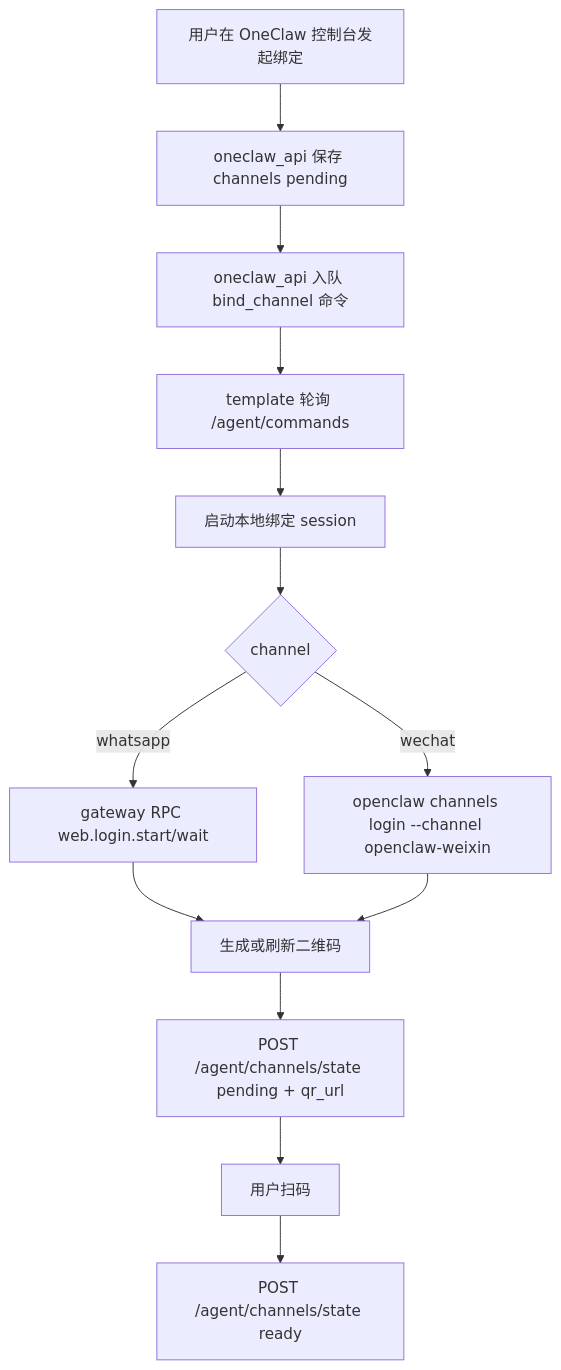
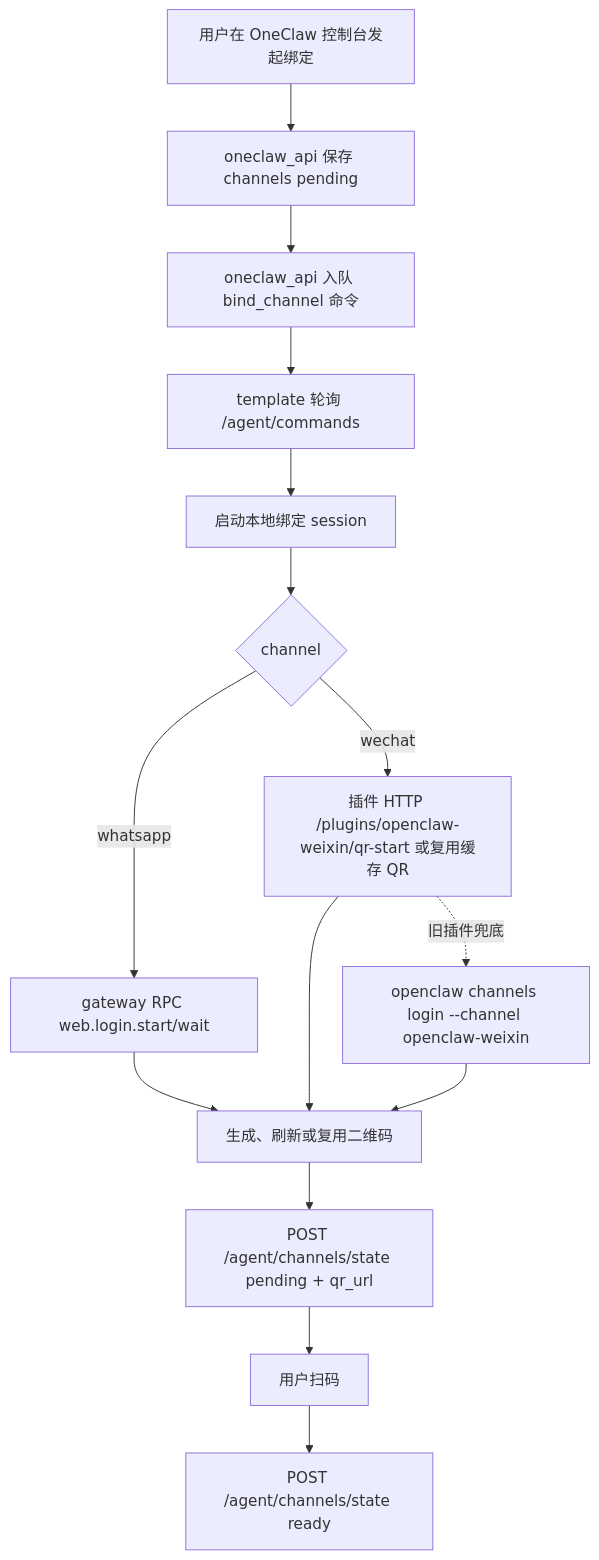
One commit to runtopia/openclaw-template changed the second of 8 diagrams in docs/business-logic.md. Above: the diagram before and after it, drawn with Mermaid. The commit also changed other lines of this file and 7 other files, not shown here.

````diff
--- a/docs/business-logic.md
+++ b/docs/business-logic.md
@@ -312,15 +312,17 @@
 ```mermaid
 flowchart TD
     A["用户在 OneClaw 控制台发起绑定"] --> B["oneclaw_api 保存 channels pending"]
     B --> C["oneclaw_api 入队 bind_channel 命令"]
     C --> D["template 轮询 /agent/commands"]
     D --> E["启动本地绑定 session"]
     E --> F{"channel"}
     F -- "whatsapp" --> G["gateway RPC web.login.start/wait"]
-    F -- "wechat" --> H["openclaw channels login --channel openclaw-weixin"]
-    G --> I["生成或刷新二维码"]
+    F -- "wechat" --> H["插件 HTTP /plugins/openclaw-weixin/qr-start 或复用缓存 QR"]
+    H -. "旧插件兜底" .-> M["openclaw channels login --channel openclaw-weixin"]
+    G --> I["生成、刷新或复用二维码"]
     H --> I
+    M --> I
     I --> J["POST /agent/channels/state pending + qr_url"]
     J --> K["用户扫码"]
     K --> L["POST /agent/channels/state ready"]
 ```
````
